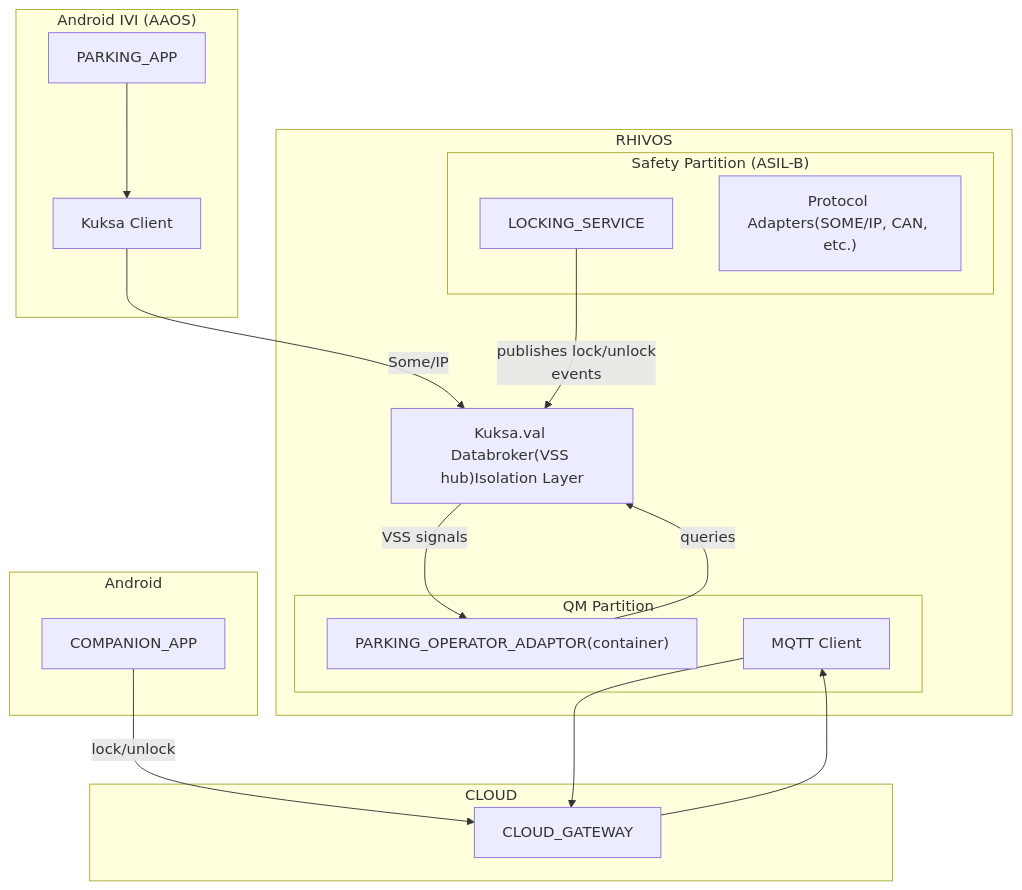
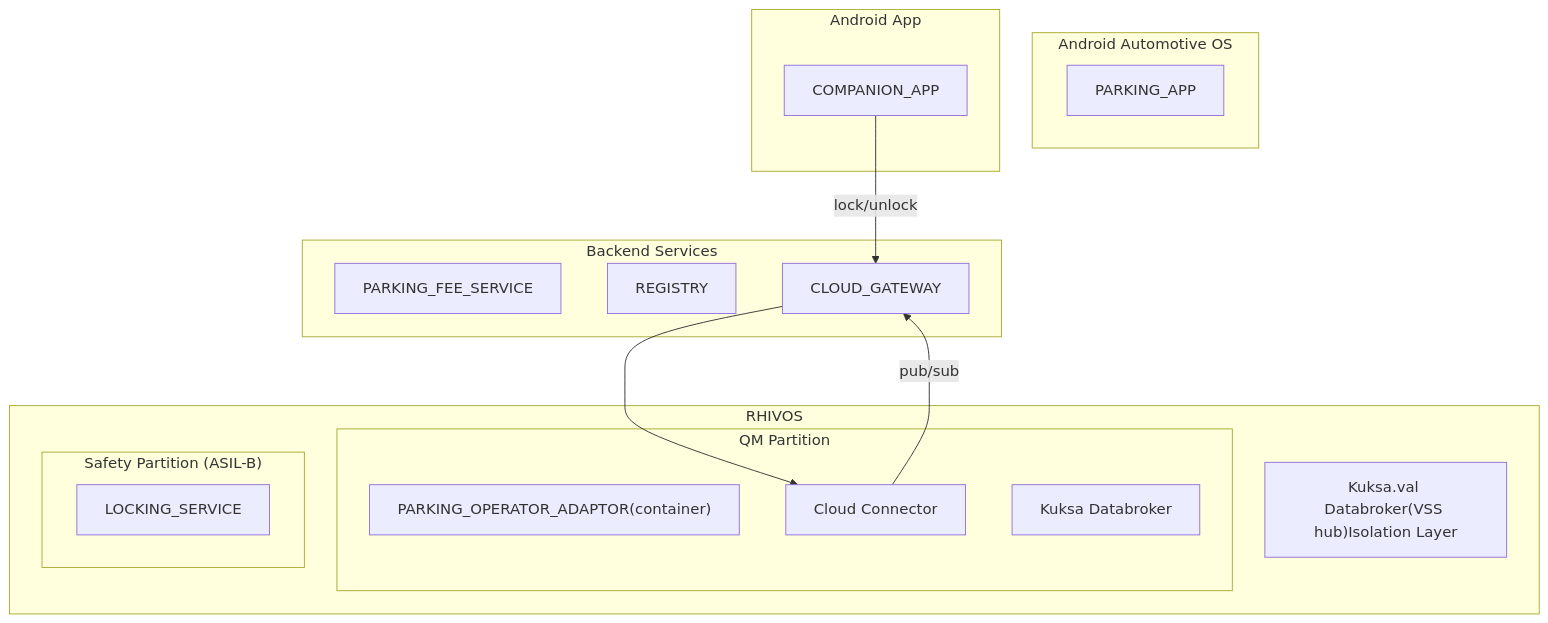
Before and after one commit to rhadp/parking-fee-service: the diagram in prd.md, drawn with Mermaid. The commit also changed other lines of this file, not shown here.

````diff
--- a/prd.md
+++ b/prd.md
@@ -91,37 +91,35 @@
 ```mermaid
 flowchart TD
-subgraph Android["Android IVI (AAOS)"]
+subgraph AAOS["Android Automotive OS"]
 	ParkingApp["PARKING_APP"]
-	KuksaClient["Kuksa Client"]
-	ParkingApp --> KuksaClient
+end
+
+subgraph Android["Android App"]
+	CompanionApp["COMPANION_APP"]
 end
 
 subgraph RHIVOS["RHIVOS"]
 	subgraph QM["QM Partition"]
 		Adaptor["PARKING_OPERATOR_ADAPTOR(container)"]
-        MQTT[MQTT Client]
+    CloudConnector["Cloud Connector"]
+    Kuksa["Kuksa Databroker"]
 	end
 	
 	Databroker["Kuksa.val Databroker(VSS hub)Isolation Layer"]
 	
 	subgraph Safety["Safety Partition (ASIL-B)"]
 		LockingService["LOCKING_SERVICE"]
-		ProtocolAdapters["Protocol Adapters(SOME/IP, CAN, etc.)"]
 	end
 end
 
-subgraph MobileAndroid["Android"]
-	CompanionApp["COMPANION_APP"]
+subgraph Cloud["Backend Services"]
+  ParkingFeeService["PARKING_FEE_SERVICE"]
+  Registry["REGISTRY"]
+  CloudGateway["CLOUD_GATEWAY"]
 end
 
-subgraph Cloud["CLOUD"]
-    CloudGateway["CLOUD_GATEWAY"]
-end
+CompanionApp --> |lock/unlock| CloudGateway
 
-KuksaClient -->|Some/IP| Databroker
-LockingService -->|publishes lock/unlock<br/>events| Databroker
-Databroker -->|VSS signals| Adaptor
-Adaptor -->|queries| Databroker
-CompanionApp --> |lock/unlock| CloudGateway
-CloudGateway --> MQTT --> CloudGateway
+CloudConnector --> |pub/sub| CloudGateway --> CloudConnector
+
 ```
````
